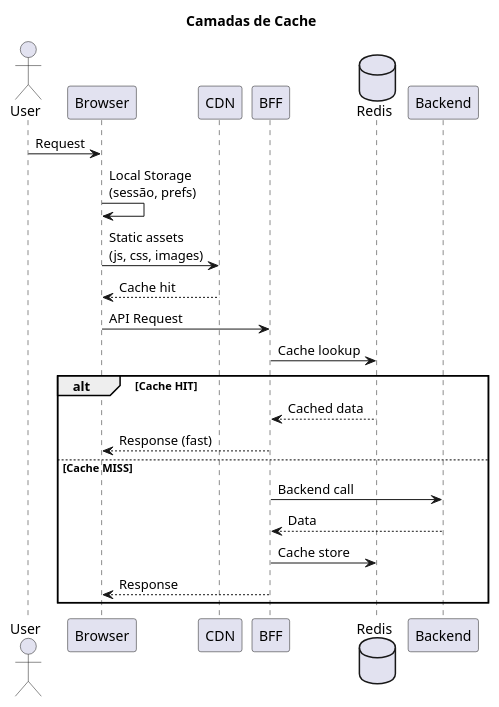
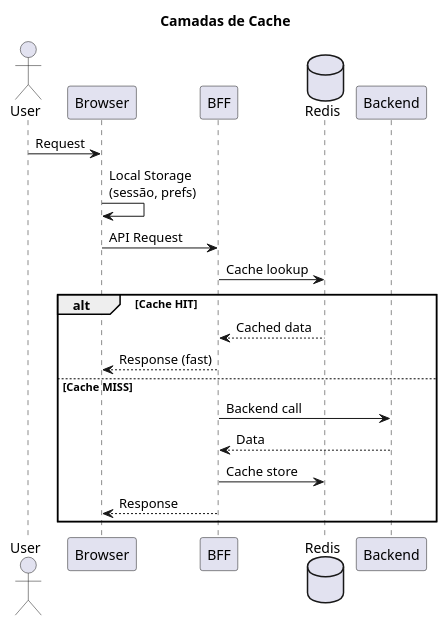
The second of 4 diagrams in project/definitions/DEF-22-desempenho-fiabilidade.md (beduardo/novobanco_website_doc), drawn with PlantUML before and after one commit. The commit also changed other lines of this file and 4 other files, not shown here.

````diff
--- a/project/definitions/DEF-22-desempenho-fiabilidade.md
+++ b/project/definitions/DEF-22-desempenho-fiabilidade.md
@@ -86,32 +86,29 @@
 ```plantuml
 @startuml
 skinparam backgroundColor white
 
 title Camadas de Cache
 
 actor User
 participant "Browser" as browser
-participant "CDN" as cdn
 participant "BFF" as bff
 database "Redis" as redis
 participant "Backend" as api
 
 User -> browser : Request
 browser -> browser : Local Storage\n(sessão, prefs)
-browser -> cdn : Static assets\n(js, css, images)
-cdn --> browser : Cache hit
 
 browser -> bff : API Request
 bff -> redis : Cache lookup
 alt Cache HIT
     redis --> bff : Cached data
     bff --> browser : Response (fast)
 else Cache MISS
     bff -> api : Backend call
     api --> bff : Data
     bff -> redis : Cache store
     bff --> browser : Response
 end
 
 @enduml
 ```
````
